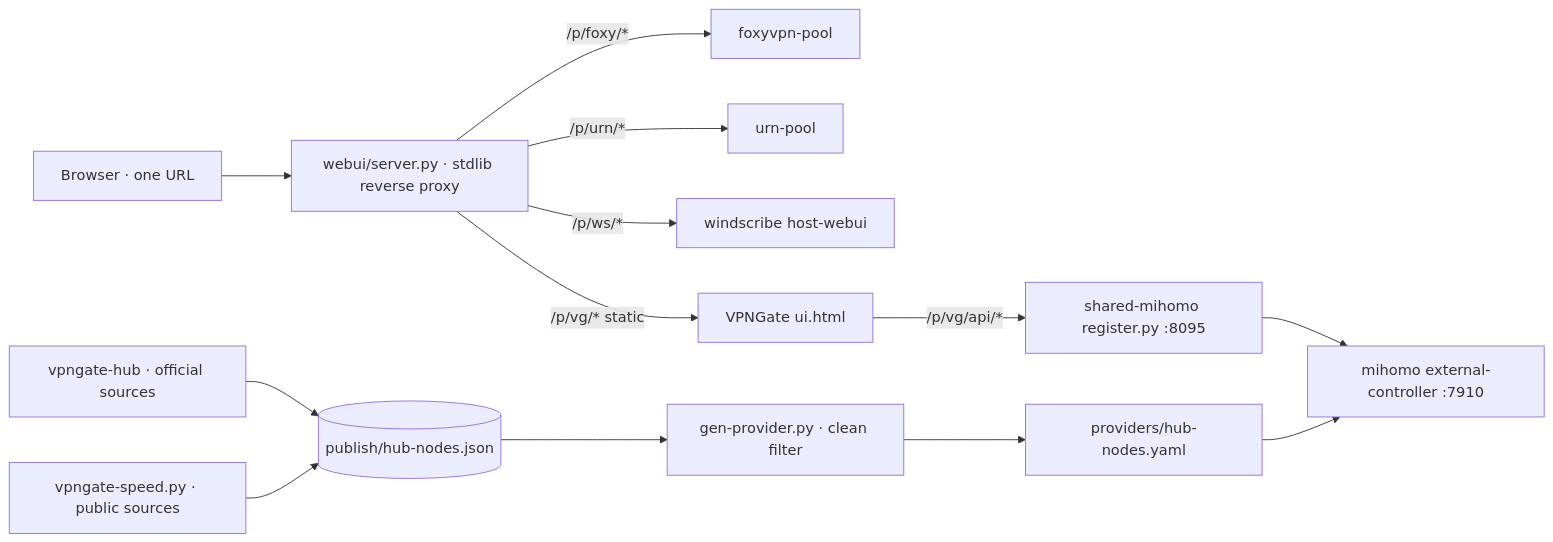
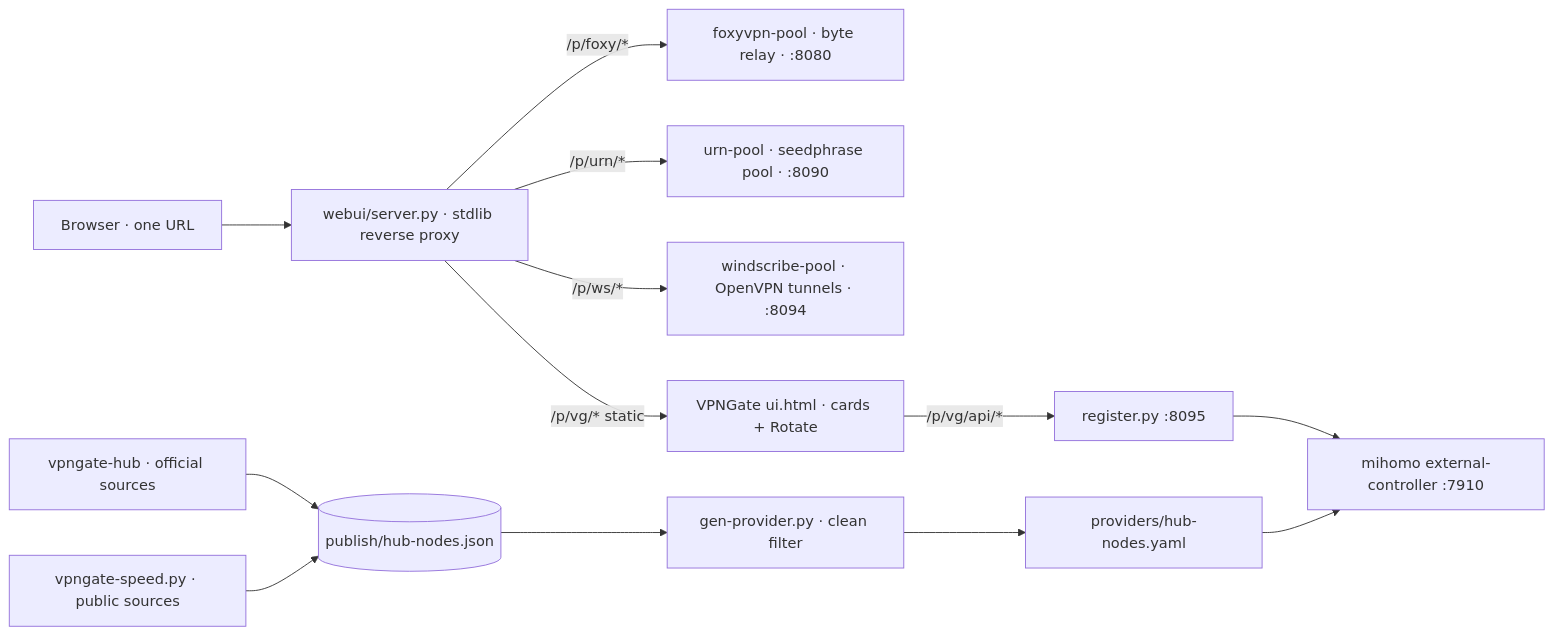
The diagram in README.md (anton1615/proxy-pool-collection), drawn with Mermaid before and after one commit. The commit also changed other lines of this file, not shown here.

First line of the commit message:
docs(readme): adopt foxyvpn/urn house style with full emoji spec

````diff
--- a/README.md
+++ b/README.md
@@ -49,15 +70,15 @@
 ```mermaid
 flowchart LR
   B[Browser · one URL] --> S[webui/server.py · stdlib reverse proxy]
-  S -->|/p/foxy/*| F[foxyvpn-pool]
-  S -->|/p/urn/*| U[urn-pool]
-  S -->|/p/ws/*| W[windscribe host-webui]
-  S -->|/p/vg/* static| V[VPNGate ui.html]
-  V -->|/p/vg/api/*| R[shared-mihomo register.py :8095]
+  S -->|/p/foxy/*| F[foxyvpn-pool · byte relay · :8080]
+  S -->|/p/urn/*| U[urn-pool · seedphrase pool · :8090]
+  S -->|/p/ws/*| W[windscribe-pool · OpenVPN tunnels · :8094]
+  S -->|/p/vg/* static| V[VPNGate ui.html · cards + Rotate]
+  V -->|/p/vg/api/*| R[register.py :8095]
   R --> C[mihomo external-controller :7910]
   H[vpngate-hub · official sources] --> J[(publish/hub-nodes.json)]
   J --> G[gen-provider.py · clean filter]
   G --> P[providers/hub-nodes.yaml]
   P --> C
   D[vpngate-speed.py · public sources] --> J
 ```
````
